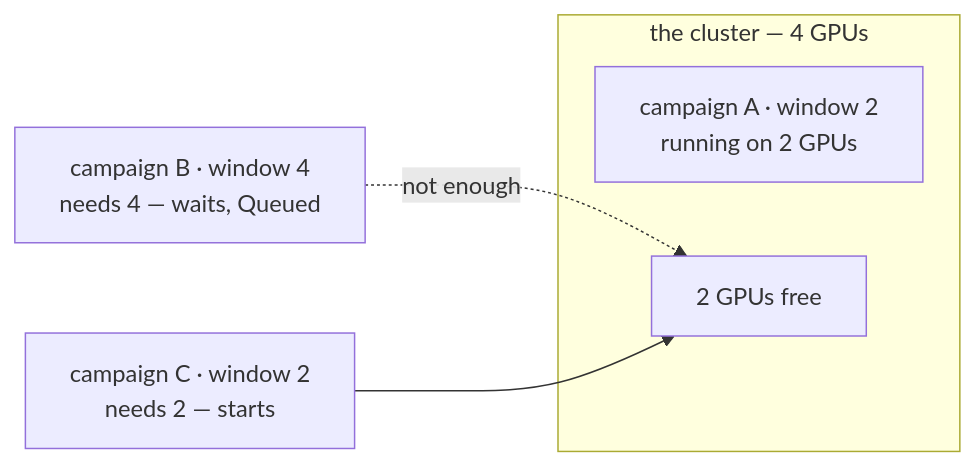
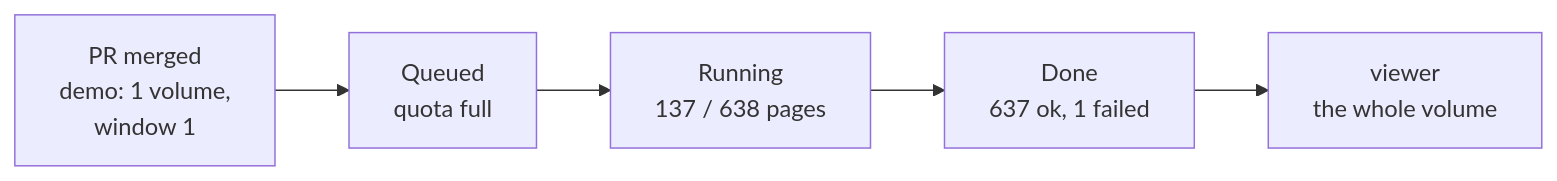
The diagram in docs/slides/assets/part-1-from-one-folder-to-the-archive-10.mmd (AI-Riksarkivet/htrflow-batch), drawn with Mermaid before and after one commit. The commit also changed 65 other files, not shown here.

First line of the commit message:
docs(slides): hand-drawn diagrams with icons

```diff
--- a/docs/slides/assets/part-1-from-one-folder-to-the-archive-10.mmd
+++ b/docs/slides/assets/part-1-from-one-folder-to-the-archive-10.mmd
@@ -1,9 +1,7 @@
 flowchart LR
-  subgraph CL["the cluster — 4 GPUs"]
-    A["campaign A · window 2<br/>running on 2 GPUs"]
-    FREE["2 GPUs free"]
-  end
-  B["campaign B · window 4<br/>needs 4 — waits, Queued"]
-  C["campaign C · window 2<br/>needs 2 — starts"]
-  B -. "not enough" .-> FREE
-  C --> FREE
+  A["PR merged<br/>demo: 1 volume,<br/>window 1"]
+  Bq["Queued<br/>quota full"]
+  C["Running<br/>137 / 638 pages"]
+  D["Done<br/>637 ok, 1 failed"]
+  E["viewer<br/>the whole volume"]
+  A --> Bq --> C --> D --> E
```
